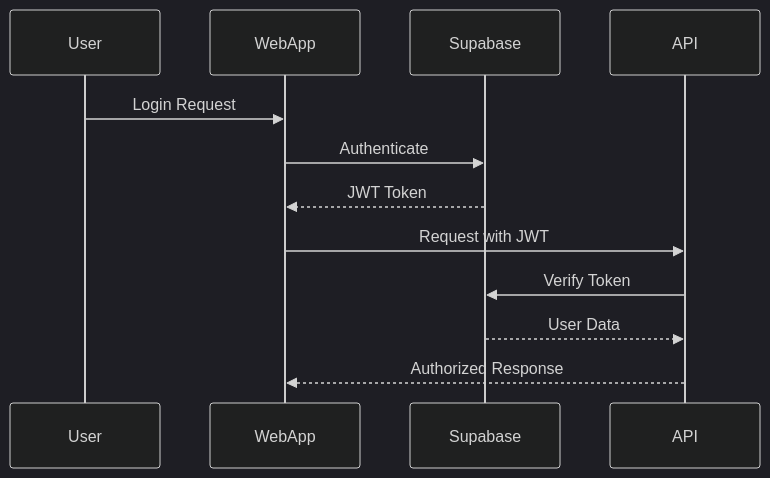
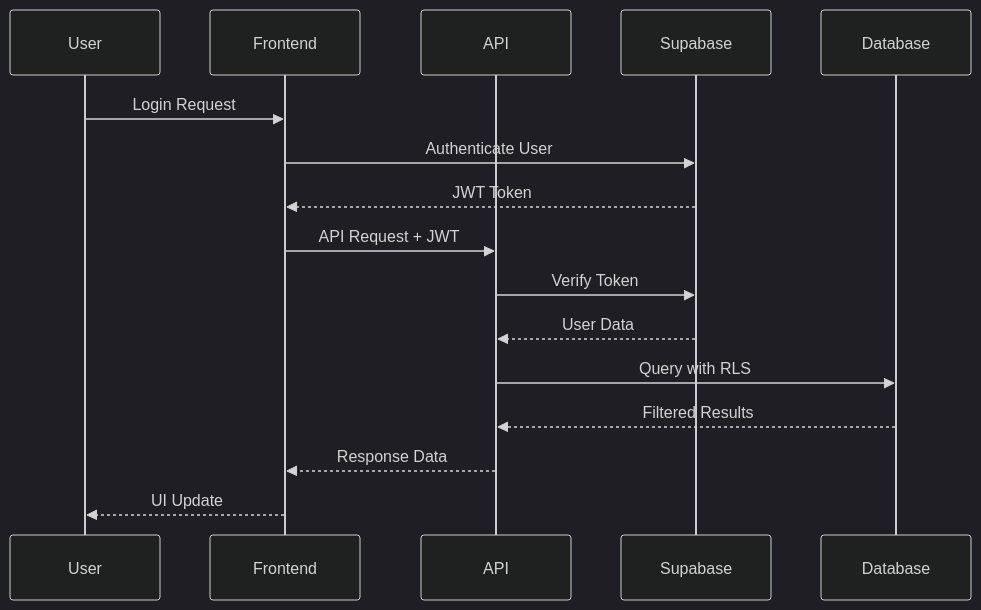
Before and after one commit to jakobhahn/manage_side: the third of 5 diagrams in docs/pages/architecture.mdx, drawn with Mermaid (dark theme). The commit also changed other lines of this file, not shown here.

First line of the commit message:
docs: Update architecture documentation with current implementation

````diff
--- a/docs/pages/architecture.mdx
+++ b/docs/pages/architecture.mdx
@@ -218,15 +257,19 @@
 ```mermaid
 sequenceDiagram
-    participant User
-    participant WebApp
-    participant Supabase
-    participant API
-    
-    User->>WebApp: Login Request
-    WebApp->>Supabase: Authenticate
-    Supabase-->>WebApp: JWT Token
-    WebApp->>API: Request with JWT
-    API->>Supabase: Verify Token
-    Supabase-->>API: User Data
-    API-->>WebApp: Authorized Response
+    participant U as User
+    participant F as Frontend
+    participant A as API
+    participant S as Supabase
+    participant D as Database
+
+    U->>F: Login Request
+    F->>S: Authenticate User
+    S-->>F: JWT Token
+    F->>A: API Request + JWT
+    A->>S: Verify Token
+    S-->>A: User Data
+    A->>D: Query with RLS
+    D-->>A: Filtered Results
+    A-->>F: Response Data
+    F-->>U: UI Update
 ```
````
